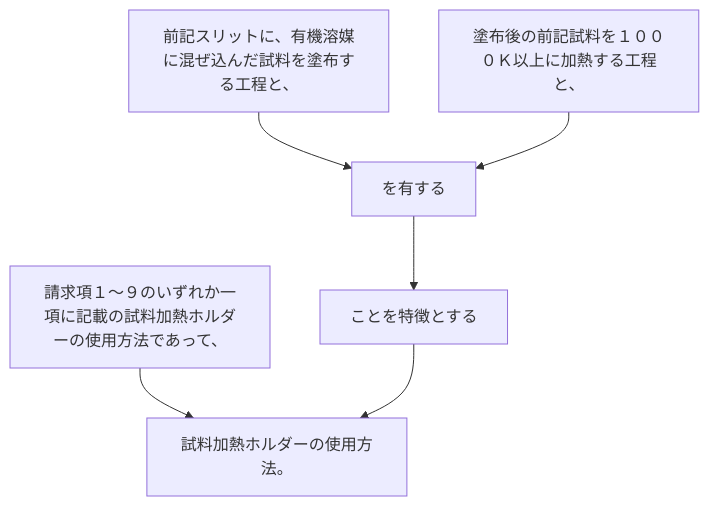
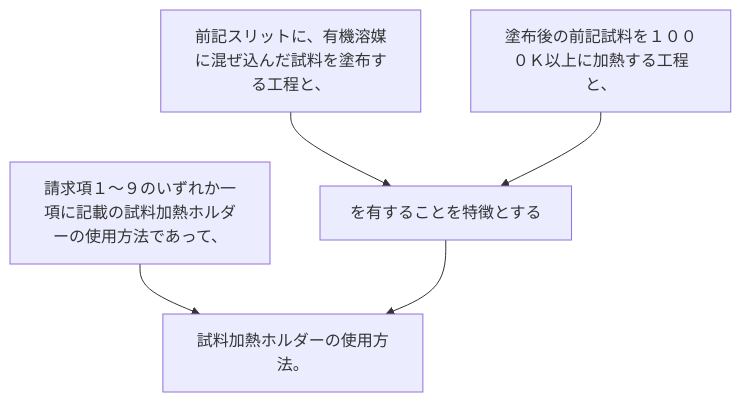
The diagram in 2024/JP2024030202A/claim_10/README.md (shinmori55/patent_analyzed), drawn with Mermaid before and after one commit. The commit also changed 336 other files, not shown here.

````diff
--- a/2024/JP2024030202A/claim_10/README.md
+++ b/2024/JP2024030202A/claim_10/README.md
@@ -4,14 +4,12 @@
 ```mermaid
 flowchart TD
 A[請求項１～９のいずれか一項に記載の試料加熱ホルダーの使用方法であって、]
 B[前記スリットに、有機溶媒に混ぜ込んだ試料を塗布する工程と、]
 C[塗布後の前記試料を１０００Ｋ以上に加熱する工程と、]
-D[を有する]
-E[ことを特徴とする]
-F[試料加熱ホルダーの使用方法。]
-A --> F
+D[を有することを特徴とする]
+E[試料加熱ホルダーの使用方法。]
+A --> E
 B --> D
 C --> D
 D --> E
-E --> F
 ```
````
